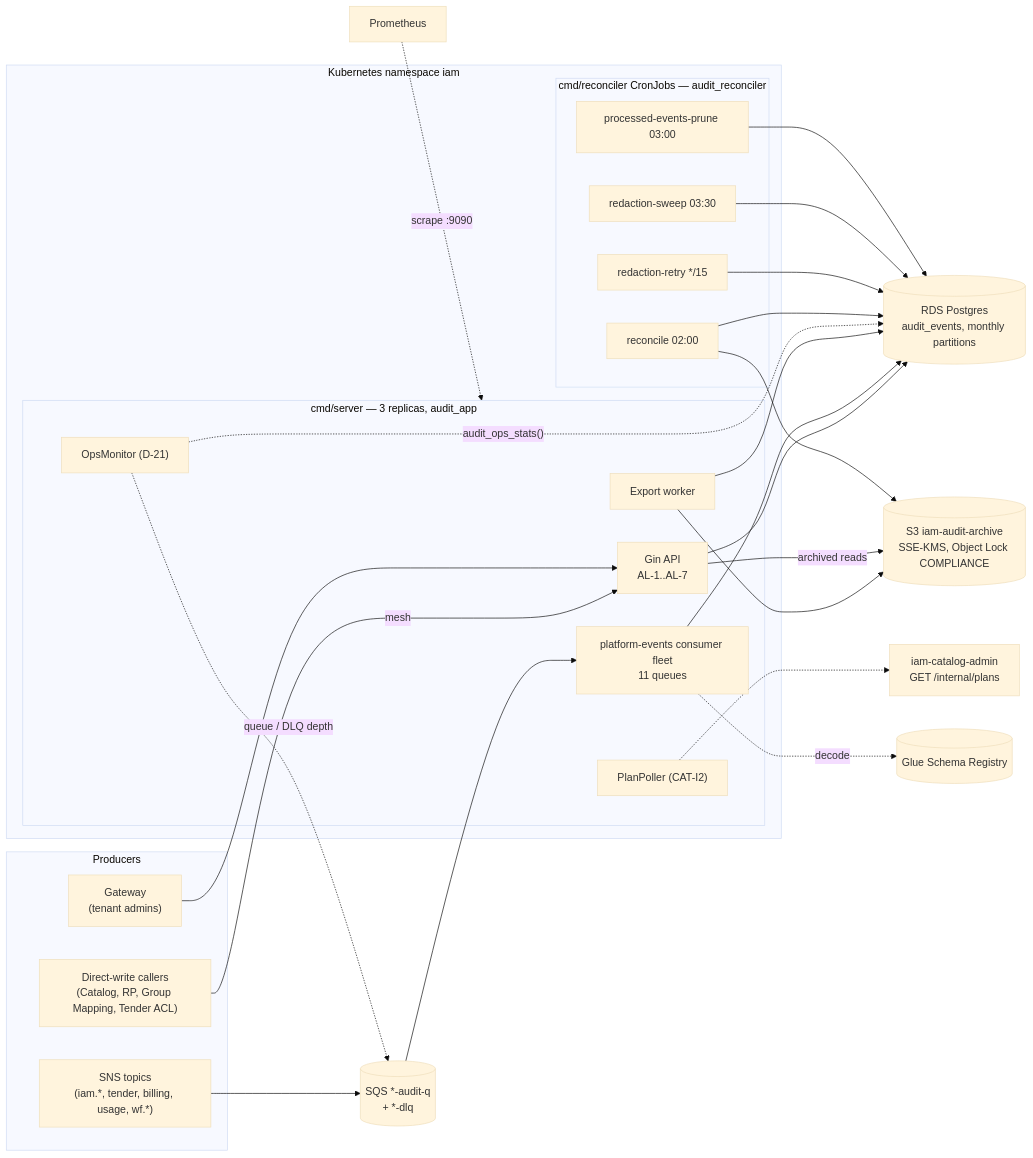
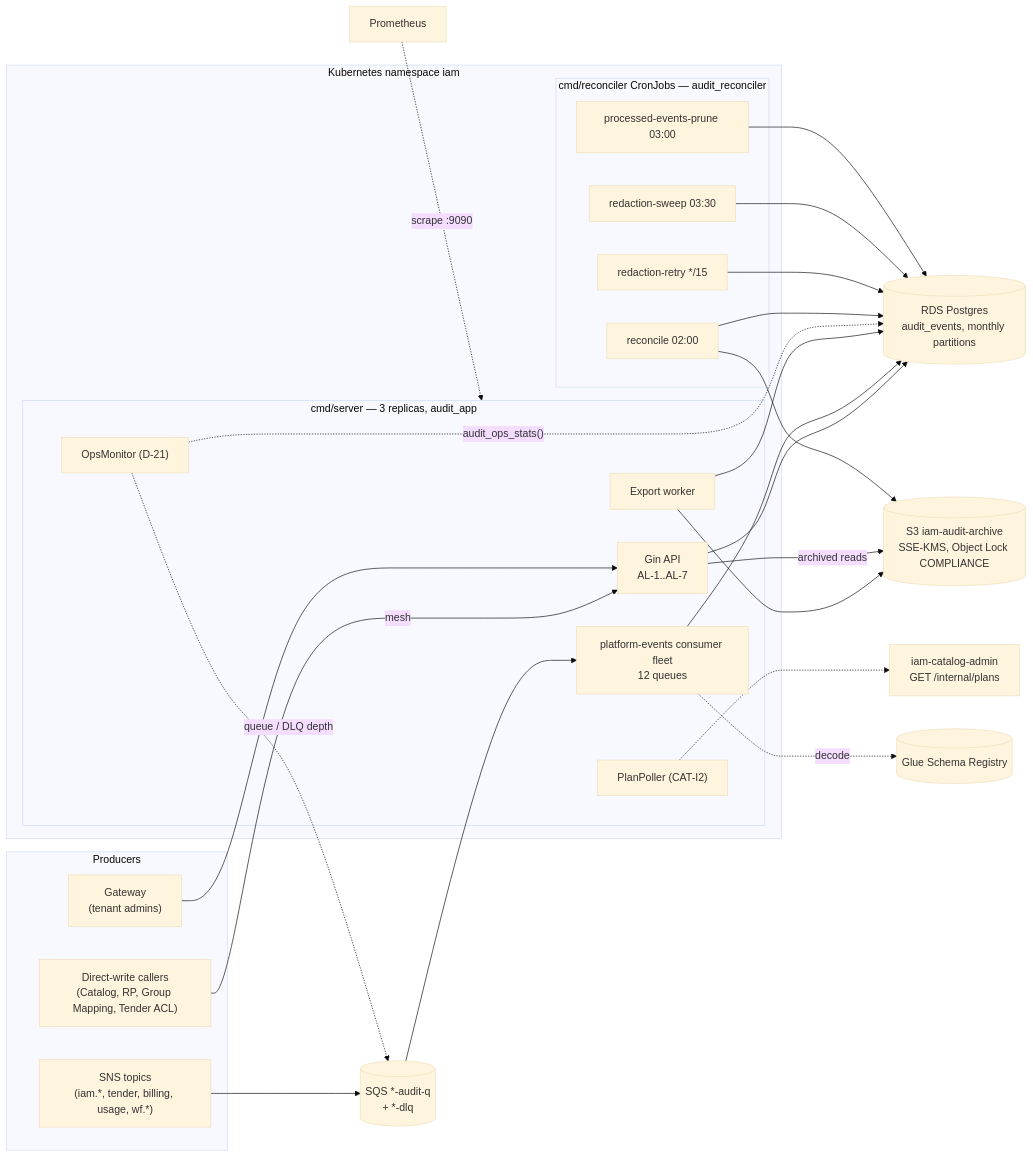
Before and after one commit to BCBP-SOLUTIONS-FZC-LLC/iam-audit-log: diagram 13 of 14 in ARCHITECTURE.md, drawn with Mermaid (base theme). The commit also changed other lines of this file and 112 other files, not shown here.

````diff
--- a/ARCHITECTURE.md
+++ b/ARCHITECTURE.md
@@ -814,50 +814,50 @@
 ```mermaid
 flowchart LR
     subgraph producers["Producers"]
         SNS["SNS topics\n(iam.*, tender, billing, usage, wf.*)"]
         DW["Direct-write callers\n(Catalog, RP, Group Mapping, Tender ACL)"]
         GW["Gateway\n(tenant admins)"]
     end
 
     subgraph k8s["Kubernetes namespace iam"]
         subgraph server["cmd/server — 3 replicas, audit_app"]
             API["Gin API\nAL-1..AL-7"]
-            FLEET["platform-events consumer fleet\n11 queues"]
+            FLEET["platform-events consumer fleet\n12 queues"]
             POLL["PlanPoller (CAT-I2)"]
             EXP["Export worker"]
             OPS["OpsMonitor (D-21)"]
         end
         subgraph cron["cmd/reconciler CronJobs — audit_reconciler"]
             REC["reconcile 02:00"]
             RR["redaction-retry */15"]
             RS["redaction-sweep 03:30"]
             PR["processed-events-prune 03:00"]
         end
     end
 
     SQS[("SQS *-audit-q\n+ *-dlq")]
     GLUE[("Glue Schema Registry")]
     PG[("RDS Postgres\naudit_events, monthly partitions")]
     S3[("S3 iam-audit-archive\nSSE-KMS, Object Lock COMPLIANCE")]
     CAT["iam-catalog-admin\nGET /internal/plans"]
     PROM["Prometheus"]
 
     SNS --> SQS --> FLEET
     FLEET -. "decode" .-> GLUE
     DW -->|"mesh"| API
     GW --> API
     API --> PG
     FLEET --> PG
     EXP --> PG
     EXP --> S3
     API -->|"archived reads"| S3
     POLL -.-> CAT
     OPS -.->|"audit_ops_stats()"| PG
     OPS -.->|"queue / DLQ depth"| SQS
     REC --> PG
     REC --> S3
     RR --> PG
     RS --> PG
     PR --> PG
     PROM -.->|"scrape :9090"| server
 ```
````
